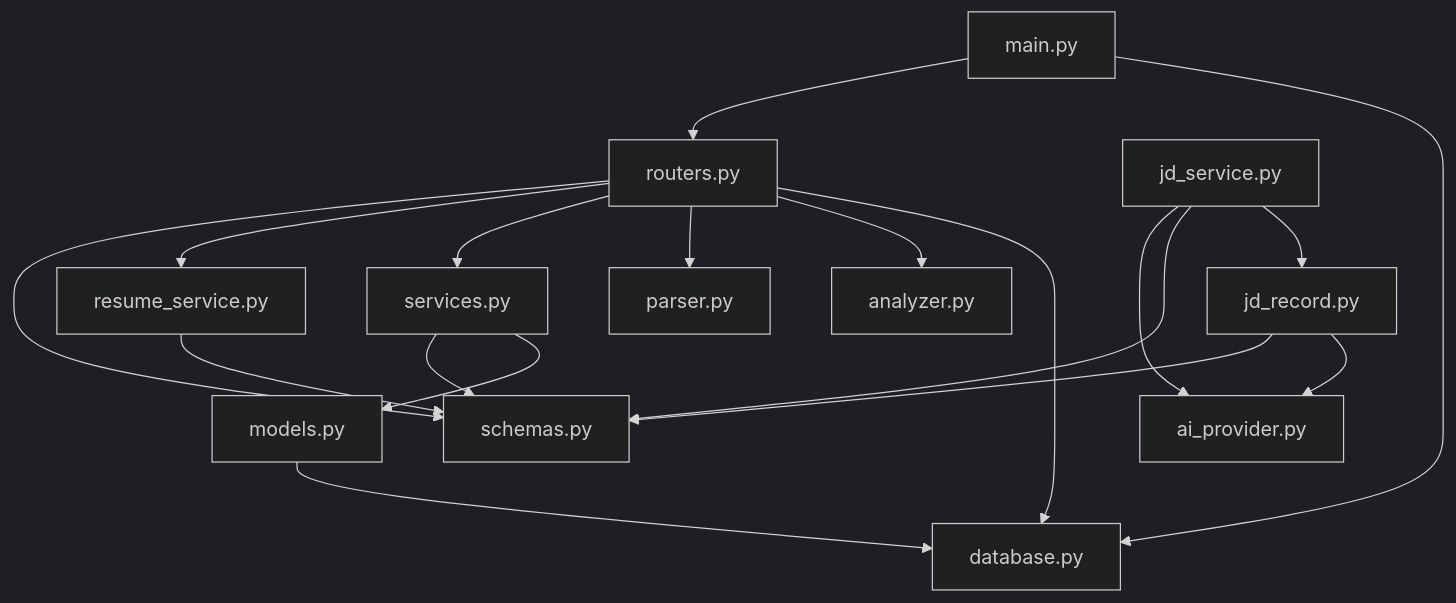
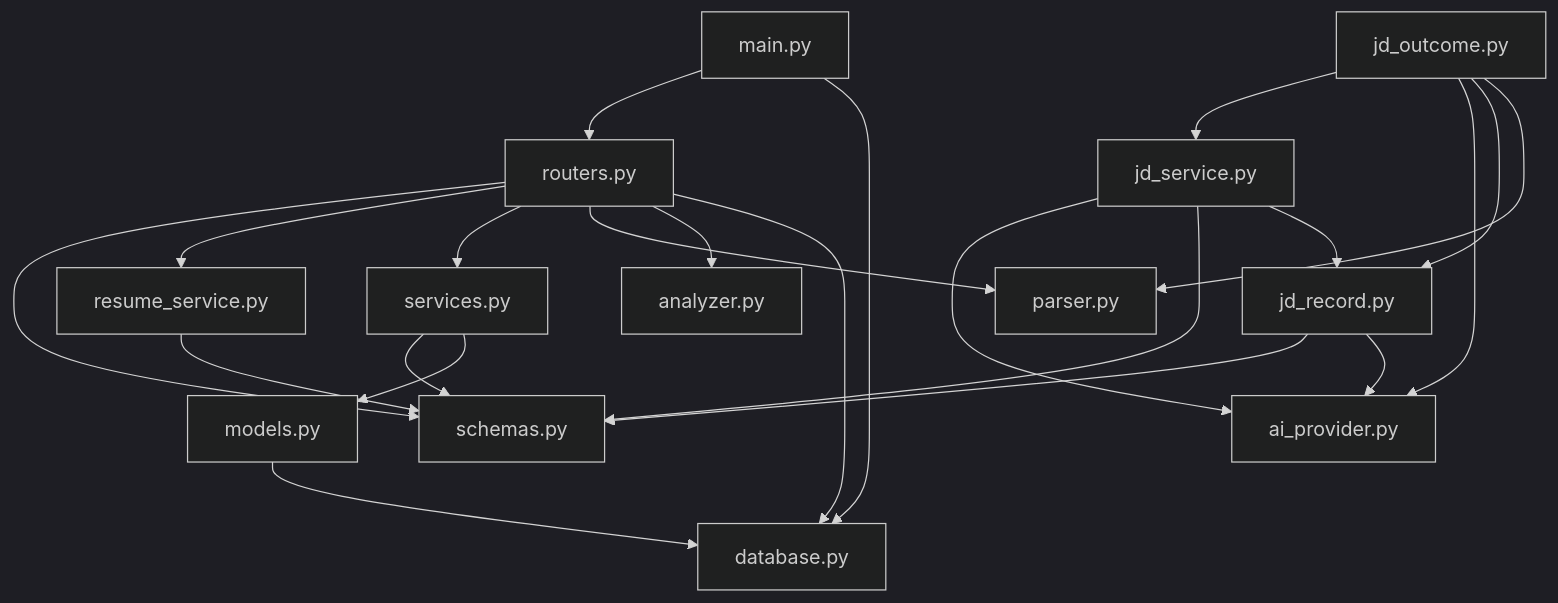
The diagram in README.md (walteryt0994/RoleRadar), drawn with Mermaid (dark theme) before and after one commit. The commit also changed other lines of this file and 8 other files, not shown here.

````diff
--- a/README.md
+++ b/README.md
@@ -521,23 +551,28 @@
 ```mermaid
 flowchart TD
     main["main.py"] --> routers["routers.py"]
     main --> database["database.py"]
 
     routers --> schemas["schemas.py"]
     routers --> resume_service["resume_service.py"]
     routers --> services["services.py"]
     routers --> parser["parser.py"]
     routers --> analyzer["analyzer.py"]
     routers --> database
 
     resume_service --> schemas
     services --> schemas
     services --> models["models.py"]
     models --> database
 
     jd_service["jd_service.py"] --> ai_provider["ai_provider.py"]
     jd_service --> schemas
     jd_service --> jd_record["jd_record.py"]
     jd_record --> schemas
     jd_record --> ai_provider
+
+    jd_outcome["jd_outcome.py"] --> jd_service
+    jd_outcome --> ai_provider
+    jd_outcome --> jd_record
+    jd_outcome --> parser
 ```
````
